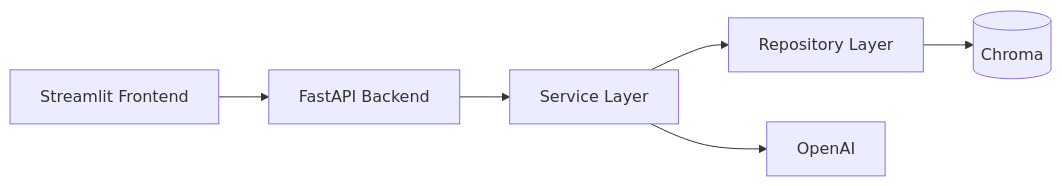
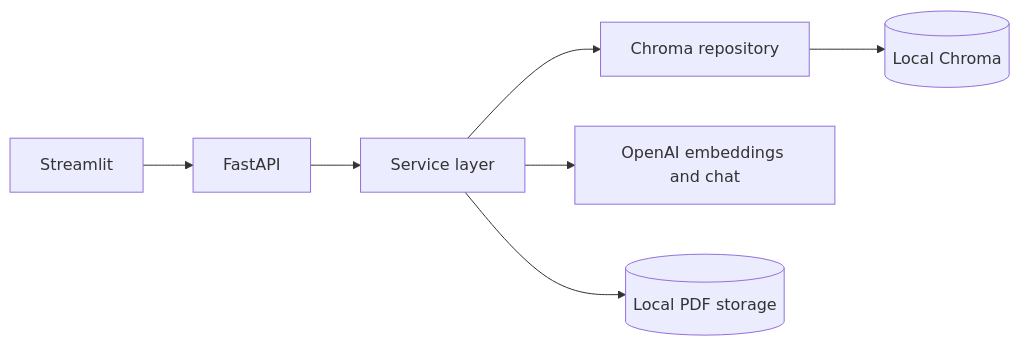
The second of 2 diagrams in README.md (vincedevs/ragnarok), drawn with Mermaid before and after one commit. The commit also changed other lines of this file and 5 other files, not shown here.

````diff
--- a/README.md
+++ b/README.md
@@ -46,25 +54,9 @@
 ```mermaid
 flowchart LR
-
-UI[Streamlit Frontend]
-
-API[FastAPI Backend]
-
-Services[Service Layer]
-
-Repository[Repository Layer]
-
-Chroma[(Chroma)]
-
-OpenAI[OpenAI]
-
-UI --> API
-
-API --> Services
-
-Services --> Repository
-
-Repository --> Chroma
-
-Services --> OpenAI
+    UI[Streamlit] --> API[FastAPI]
+    API --> Services[Service layer]
+    Services --> Repository[Chroma repository]
+    Repository --> Chroma[(Local Chroma)]
+    Services --> OpenAI[OpenAI embeddings and chat]
+    Services --> Files[(Local PDF storage)]
 ```
````
